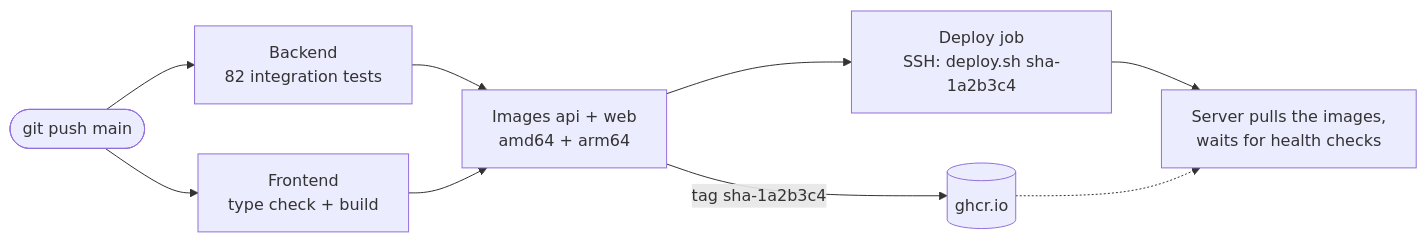
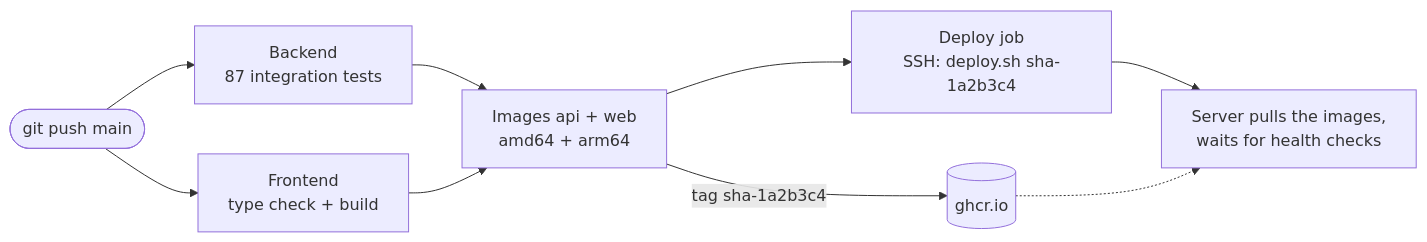
One commit to smalirat/torneo-exalumnos changed the second of 2 diagrams in README.md. Above: the diagram before and after it, drawn with Mermaid. The commit also changed other lines of this file and 2 other files, not shown here.

````diff
--- a/README.md
+++ b/README.md
@@ -63,11 +64,11 @@
 ```mermaid
 flowchart LR
-    push([git push main]) --> backend["Backend<br/>82 integration tests"]
+    push([git push main]) --> backend["Backend<br/>87 integration tests"]
     push --> frontend["Frontend<br/>type check + build"]
     backend --> images["Images api + web<br/>amd64 + arm64"]
     frontend --> images
     images -- "tag sha-1a2b3c4" --> ghcr[(ghcr.io)]
     images --> deploy["Deploy job<br/>SSH: deploy.sh sha-1a2b3c4"]
     deploy --> srv["Server pulls the images,<br/>waits for health checks"]
     ghcr -.-> srv
 ```
````
